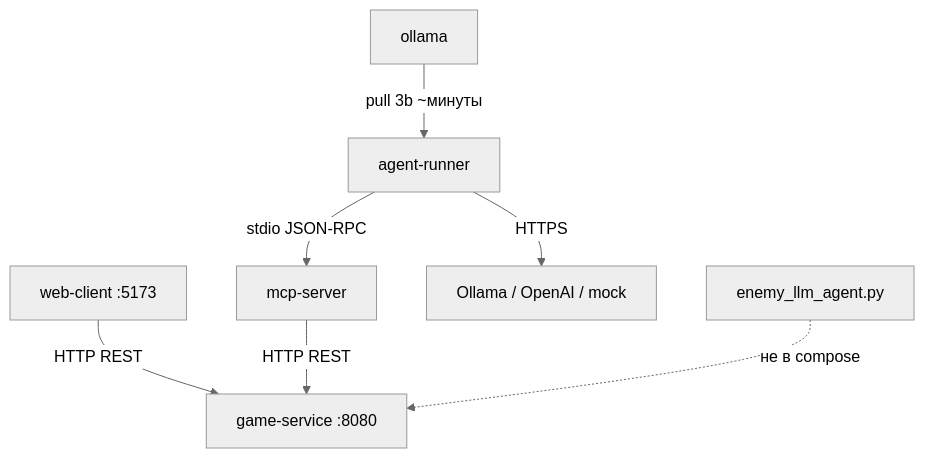
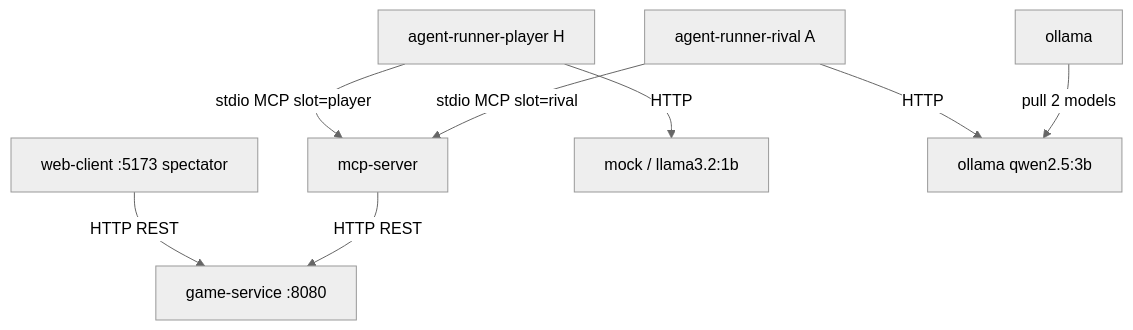
The diagram in report3.md (YuriBazz/game_with_llm_sd_project_2_blin_super_kruto_bimbim_bambam), drawn with Mermaid (neutral theme) before and after one commit. The commit also changed other lines of this file and 23 other files, not shown here.

````diff
--- a/report3.md
+++ b/report3.md
@@ -121,9 +122,10 @@
 ```mermaid
 flowchart TB
-    WC[web-client :5173] -->|HTTP REST| GS[game-service :8080]
-    AR[agent-runner] -->|stdio JSON-RPC| MS[mcp-server]
-    MS -->|HTTP REST| GS
-    AR -->|HTTPS| LLM[Ollama / OpenAI / mock]
-    EA[enemy_llm_agent.py] -.->|не в compose| GS
-    OL[ollama] -->|pull 3b ~минуты| AR
+  WC[web-client :5173 spectator] -->|HTTP REST| GS[game-service :8080]
+  ARH[agent-runner-player H] -->|stdio MCP slot=player| MS[mcp-server]
+  ARA[agent-runner-rival A] -->|stdio MCP slot=rival| MS
+  MS -->|HTTP REST| GS
+  ARH -->|HTTP| LLM1[mock / llama3.2:1b]
+  ARA -->|HTTP| LLM2[ollama qwen2.5:3b]
+  OL[ollama] -->|pull 2 models| LLM2
 ```
````
